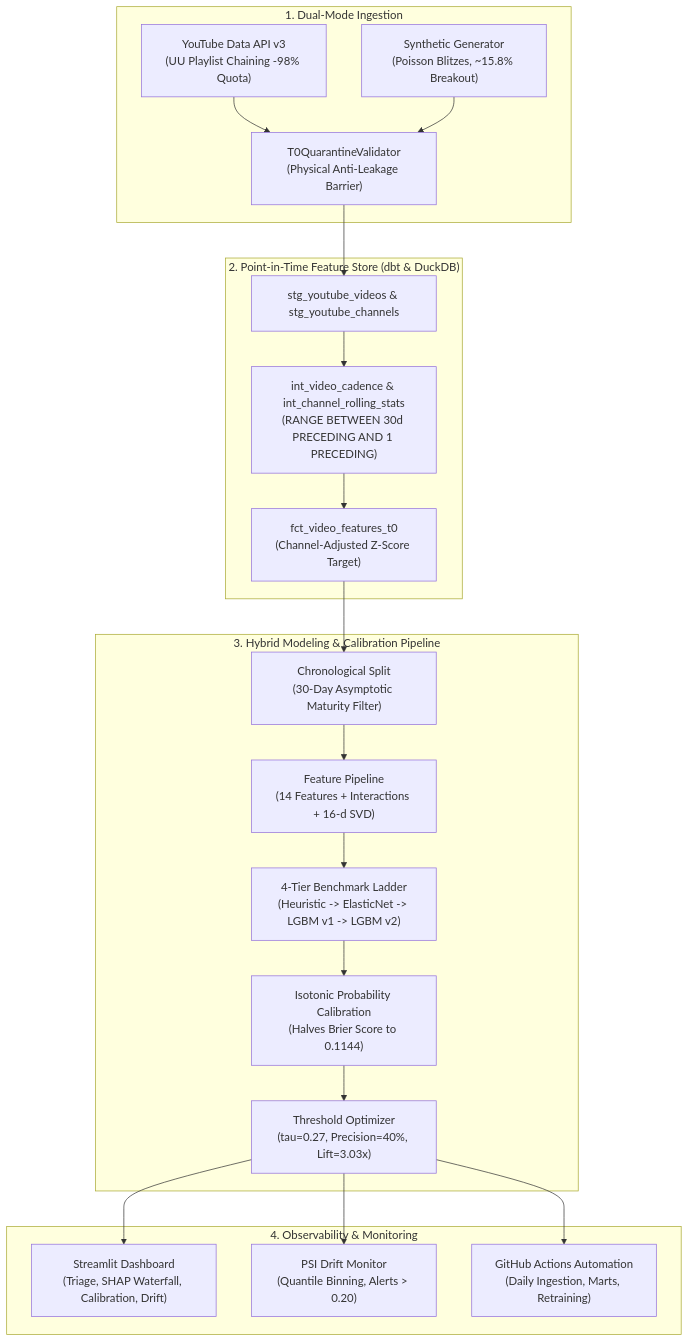
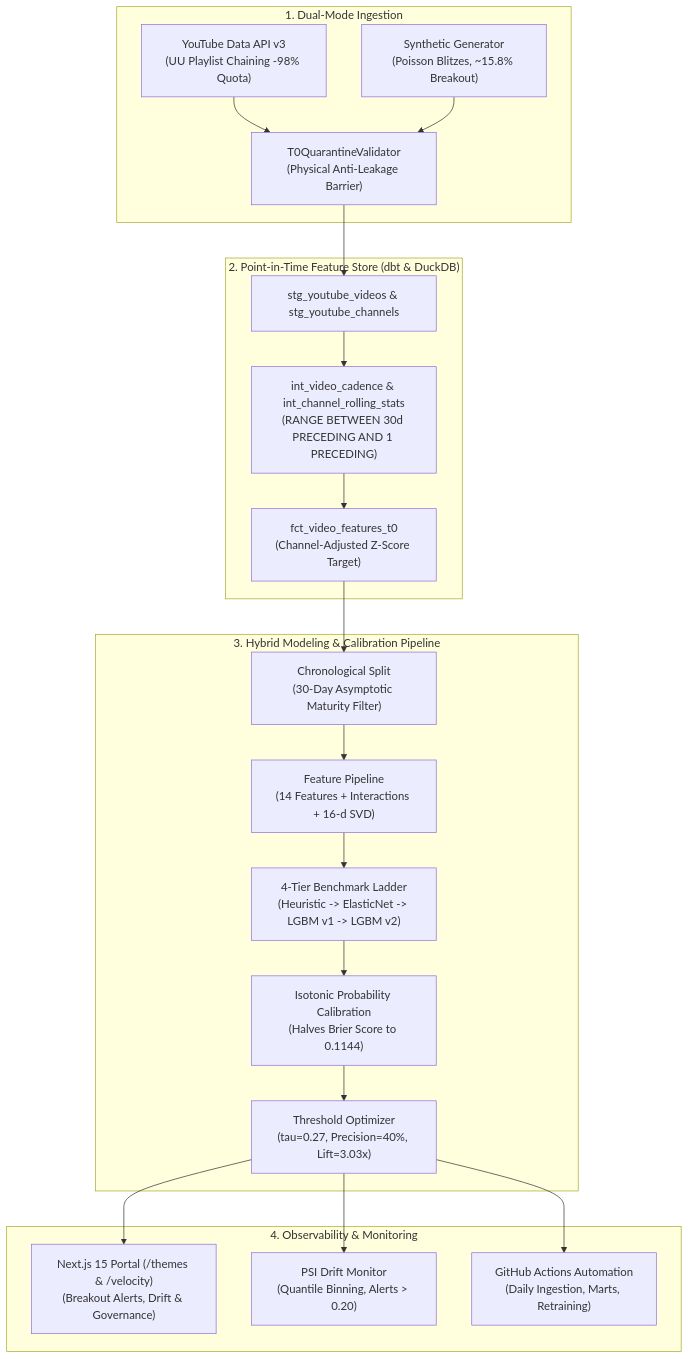
One commit to citycheah/competitive-velocity-ml-engine changed the diagram in README.md. Above: the diagram before and after it, drawn with Mermaid. The commit also changed other lines of this file, not shown here.

Commit message:
docs: promote Next.js 15 Portal UI and add suite v0.1.0 map

````diff
--- a/README.md
+++ b/README.md
@@ -47,27 +63,27 @@
 ```mermaid
 flowchart TD
     subgraph S1["1. Dual-Mode Ingestion"]
         A1["YouTube Data API v3<br/>(UU Playlist Chaining -98% Quota)"] --> B["T0QuarantineValidator<br/>(Physical Anti-Leakage Barrier)"]
         A2["Synthetic Generator<br/>(Poisson Blitzes, ~15.8% Breakout)"] --> B
     end
 
     subgraph S2["2. Point-in-Time Feature Store (dbt & DuckDB)"]
         B --> C["stg_youtube_videos & stg_youtube_channels"]
         C --> D["int_video_cadence & int_channel_rolling_stats<br/>(RANGE BETWEEN 30d PRECEDING AND 1 PRECEDING)"]
         D --> E["fct_video_features_t0<br/>(Channel-Adjusted Z-Score Target)"]
     end
 
     subgraph S3["3. Hybrid Modeling & Calibration Pipeline"]
         E --> F["Chronological Split<br/>(30-Day Asymptotic Maturity Filter)"]
         F --> G["Feature Pipeline<br/>(14 Features + Interactions + 16-d SVD)"]
         G --> H["4-Tier Benchmark Ladder<br/>(Heuristic -> ElasticNet -> LGBM v1 -> LGBM v2)"]
         H --> I["Isotonic Probability Calibration<br/>(Halves Brier Score to 0.1144)"]
         I --> J["Threshold Optimizer<br/>(tau=0.27, Precision=40%, Lift=3.03x)"]
     end
 
     subgraph S4["4. Observability & Monitoring"]
-        J --> K["Streamlit Dashboard<br/>(Triage, SHAP Waterfall, Calibration, Drift)"]
+        J --> K["Next.js 15 Portal (/themes & /velocity)<br/>(Breakout Alerts, Drift & Governance)"]
         J --> L["PSI Drift Monitor<br/>(Quantile Binning, Alerts > 0.20)"]
         J --> M["GitHub Actions Automation<br/>(Daily Ingestion, Marts, Retraining)"]
     end
 ```
````
